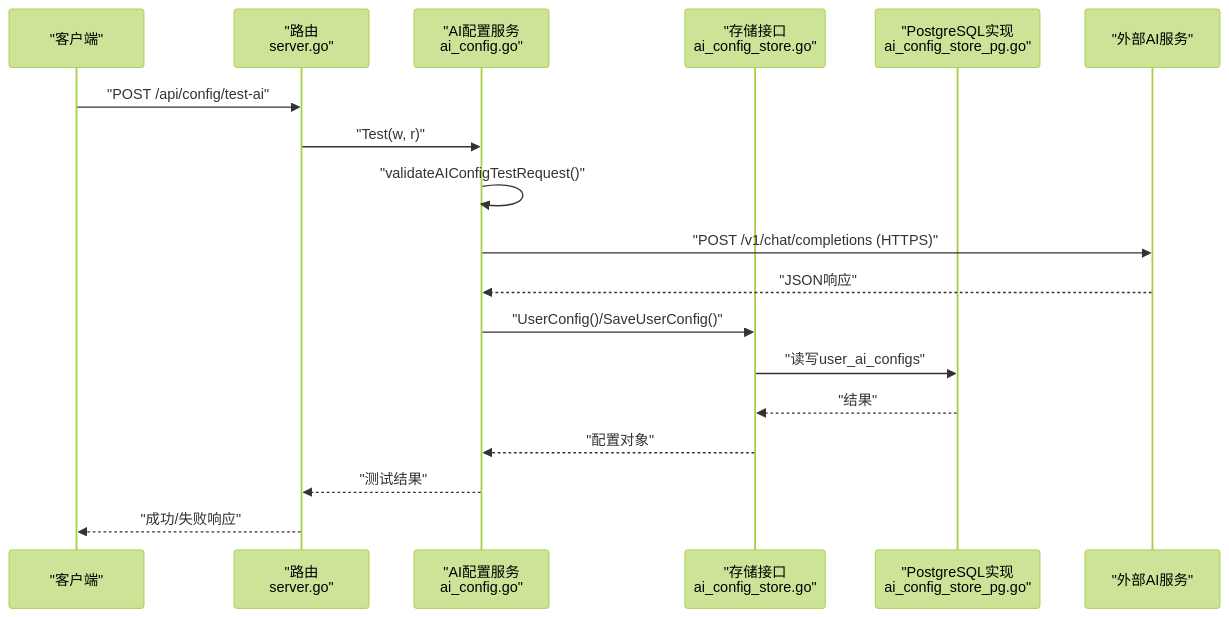
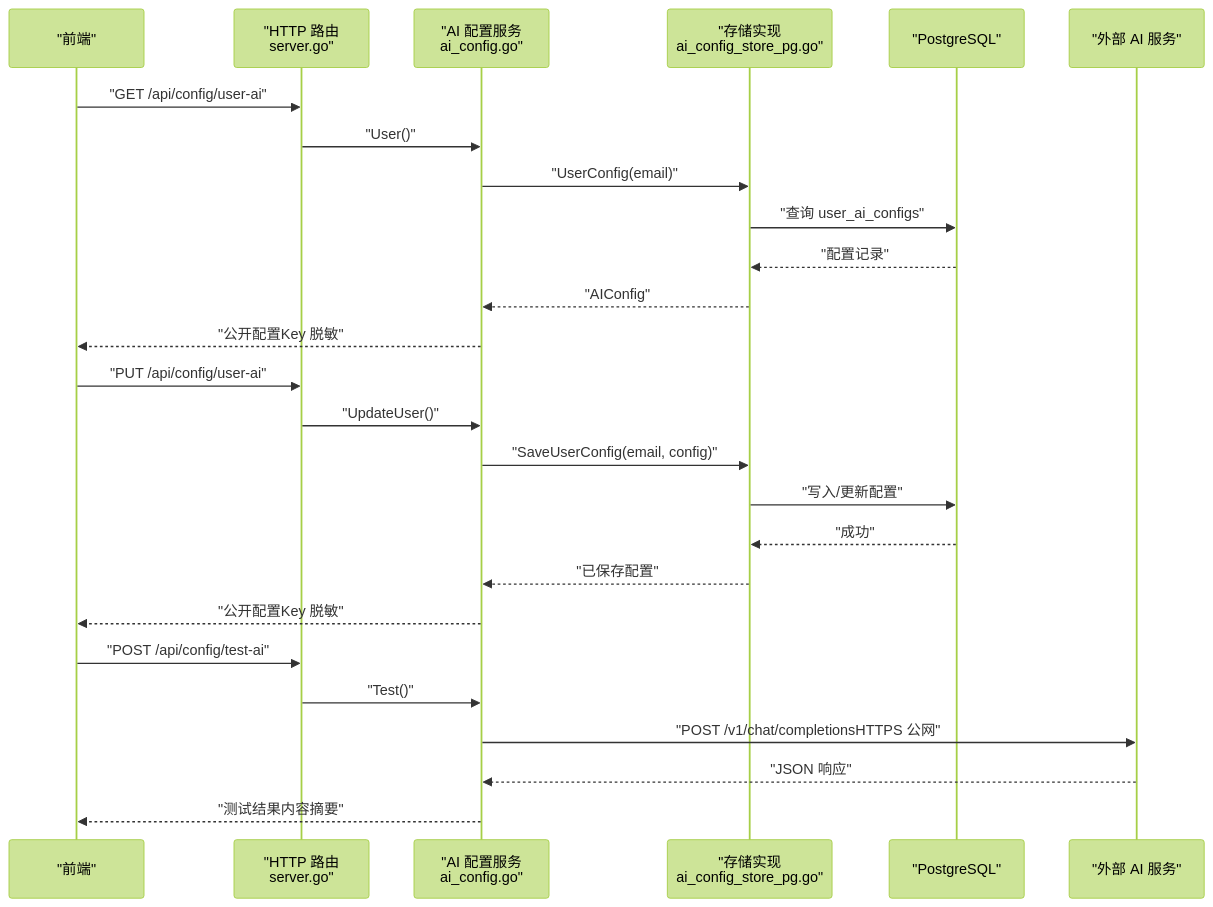
One commit to alvinwangzi/goodhr changed the second of 8 diagrams in .qoder/repowiki/zh/content/云端后端服务/候选人处理系统/AI匹配评分/AI配置管理.md. Above: the diagram before and after it, drawn with Mermaid (forest theme). The commit also changed other lines of this file and 149 other files, not shown here.

````diff
--- a/.qoder/repowiki/zh/content/云端后端服务/候选人处理系统/AI匹配评分/AI配置管理.md
+++ b/.qoder/repowiki/zh/content/云端后端服务/候选人处理系统/AI匹配评分/AI配置管理.md
@@ -90,20 +80,28 @@
 ```mermaid
 sequenceDiagram
-participant C as "客户端"
-participant R as "路由<br/>server.go"
-participant S as "AI配置服务<br/>ai_config.go"
-participant ST as "存储接口<br/>ai_config_store.go"
-participant P as "PostgreSQL实现<br/>ai_config_store_pg.go"
-participant A as "外部AI服务"
-C->>R : "POST /api/config/test-ai"
-R->>S : "Test(w, r)"
-S->>S : "validateAIConfigTestRequest()"
-S->>A : "POST /v1/chat/completions (HTTPS)"
-A-->>S : "JSON响应"
-S->>ST : "UserConfig()/SaveUserConfig()"
-ST->>P : "读写user_ai_configs"
-P-->>ST : "结果"
-ST-->>S : "配置对象"
-S-->>R : "测试结果"
-R-->>C : "成功/失败响应"
+participant FE as "前端"
+participant S as "HTTP 路由<br/>server.go"
+participant SVC as "AI 配置服务<br/>ai_config.go"
+participant ST as "存储实现<br/>ai_config_store_pg.go"
+participant DB as "PostgreSQL"
+participant NET as "外部 AI 服务"
+FE->>S : "GET /api/config/user-ai"
+S->>SVC : "User()"
+SVC->>ST : "UserConfig(email)"
+ST->>DB : "查询 user_ai_configs"
+DB-->>ST : "配置记录"
+ST-->>SVC : "AIConfig"
+SVC-->>FE : "公开配置Key 脱敏"
+FE->>S : "PUT /api/config/user-ai"
+S->>SVC : "UpdateUser()"
+SVC->>ST : "SaveUserConfig(email, config)"
+ST->>DB : "写入/更新配置"
+DB-->>ST : "成功"
+ST-->>SVC : "已保存配置"
+SVC-->>FE : "公开配置Key 脱敏"
+FE->>S : "POST /api/config/test-ai"
+S->>SVC : "Test()"
+SVC->>NET : "POST /v1/chat/completionsHTTPS 公网"
+NET-->>SVC : "JSON 响应"
+SVC-->>FE : "测试结果内容摘要"
 ```
````
